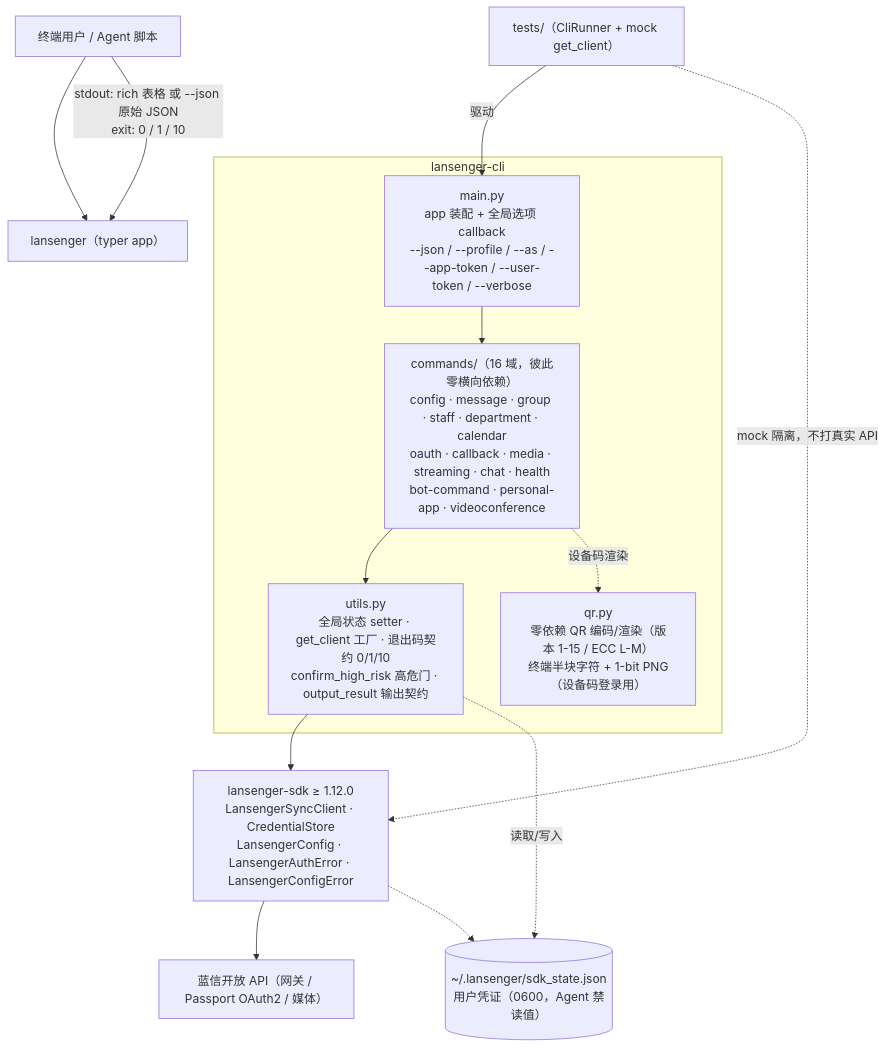
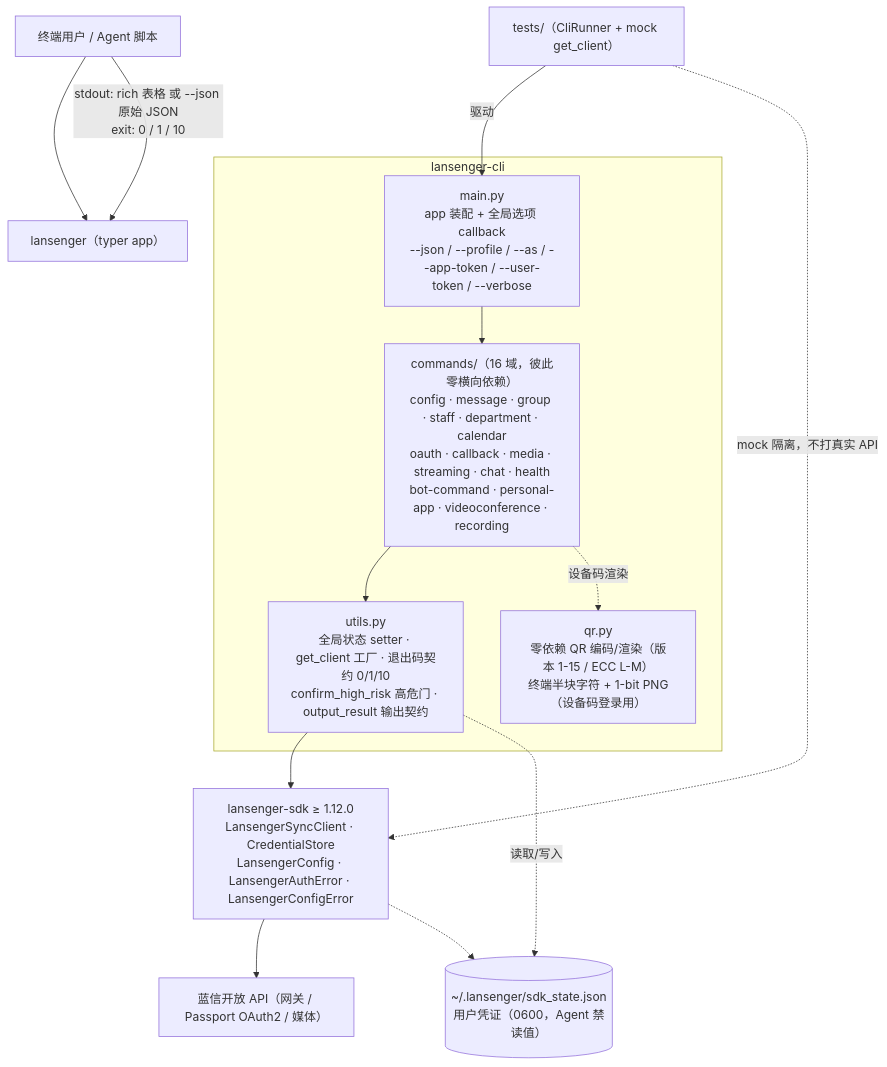
One commit to lansenger-pm/lansenger-cli changed the diagram in docs/architecture.md. Above: the diagram before and after it, drawn with Mermaid. The commit also changed other lines of this file and 11 other files, not shown here.

````diff
--- a/docs/architecture.md
+++ b/docs/architecture.md
@@ -8,25 +8,25 @@
 ```mermaid
 flowchart TD
     U["终端用户 / Agent 脚本"] --> CLI["lansenger（typer app）"]
 
     subgraph CLI包["lansenger-cli"]
         MAIN["main.py<br/>app 装配 + 全局选项 callback<br/>--json / --profile / --as / --app-token / --user-token / --verbose"]
-        CMDS["commands/（16 域，彼此零横向依赖）<br/>config · message · group · staff · department · calendar<br/>oauth · callback · media · streaming · chat · health<br/>bot-command · personal-app · videoconference"]
+        CMDS["commands/（16 域，彼此零横向依赖）<br/>config · message · group · staff · department · calendar<br/>oauth · callback · media · streaming · chat · health<br/>bot-command · personal-app · videoconference · recording"]
         UTILS["utils.py<br/>全局状态 setter · get_client 工厂 · 退出码契约 0/1/10<br/>confirm_high_risk 高危门 · output_result 输出契约"]
         QR["qr.py<br/>零依赖 QR 编码/渲染（版本 1-15 / ECC L-M）<br/>终端半块字符 + 1-bit PNG（设备码登录用）"]
     end
 
     SDK["lansenger-sdk ≥ 1.12.0<br/>LansengerSyncClient · CredentialStore<br/>LansengerConfig · LansengerAuthError · LansengerConfigError"]
     API["蓝信开放 API（网关 / Passport OAuth2 / 媒体）"]
 
     TESTS["tests/（CliRunner + mock get_client）"]
     STORE[("~/.lansenger/sdk_state.json<br/>用户凭证（0600，Agent 禁读值）")]
 
     U -->|"stdout: rich 表格 或 --json 原始 JSON<br/>exit: 0 / 1 / 10"| CLI
     MAIN --> CMDS --> UTILS --> SDK --> API
     CMDS -.设备码渲染.-> QR
     UTILS -.读取/写入.-> STORE
     SDK -.-> STORE
     TESTS -->|"驱动"| MAIN
     TESTS -.->|"mock 隔离，不打真实 API"| SDK
 ```
````
